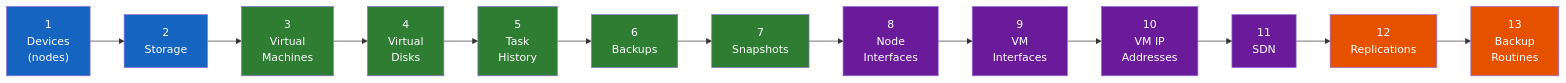
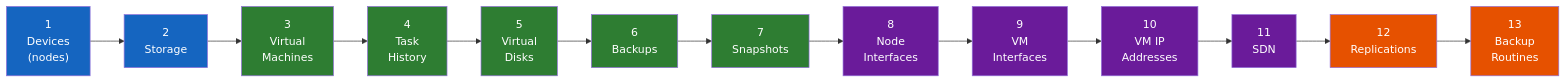
The first of 2 diagrams in docs/developer/sync-pipeline.md (emersonfelipesp/netbox-proxbox), drawn with Mermaid before and after one commit. The commit also changed other lines of this file and 1 other file, not shown here.

Commit message:
docs: align task history stage ownership

````diff
--- a/docs/developer/sync-pipeline.md
+++ b/docs/developer/sync-pipeline.md
@@ -12,29 +12,29 @@
 ```mermaid
 flowchart LR
     S1["1\nDevices\n(nodes)"] --> S2["2\nStorage"]
     S2 --> S3["3\nVirtual\nMachines"]
-    S3 --> S4["4\nVirtual\nDisks"]
-    S4 --> S5["5\nTask\nHistory"]
+    S3 --> S4["4\nTask\nHistory"]
+    S4 --> S5["5\nVirtual\nDisks"]
     S5 --> S6["6\nBackups"]
     S6 --> S7["7\nSnapshots"]
     S7 --> S8["8\nNode\nInterfaces"]
     S8 --> S9["9\nVM\nInterfaces"]
     S9 --> S10["10\nVM IP\nAddresses"]
     S10 --> S11["11\nSDN"]
     S11 --> S12["12\nReplications"]
     S12 --> S13["13\nBackup\nRoutines"]
 
     style S1 fill:#1565c0,color:#fff
     style S2 fill:#1565c0,color:#fff
     style S3 fill:#2e7d32,color:#fff
     style S4 fill:#2e7d32,color:#fff
     style S5 fill:#2e7d32,color:#fff
     style S6 fill:#2e7d32,color:#fff
     style S7 fill:#2e7d32,color:#fff
     style S8 fill:#6a1b9a,color:#fff
     style S9 fill:#6a1b9a,color:#fff
     style S10 fill:#6a1b9a,color:#fff
     style S11 fill:#6a1b9a,color:#fff
     style S12 fill:#e65100,color:#fff
     style S13 fill:#e65100,color:#fff
 ```
````
